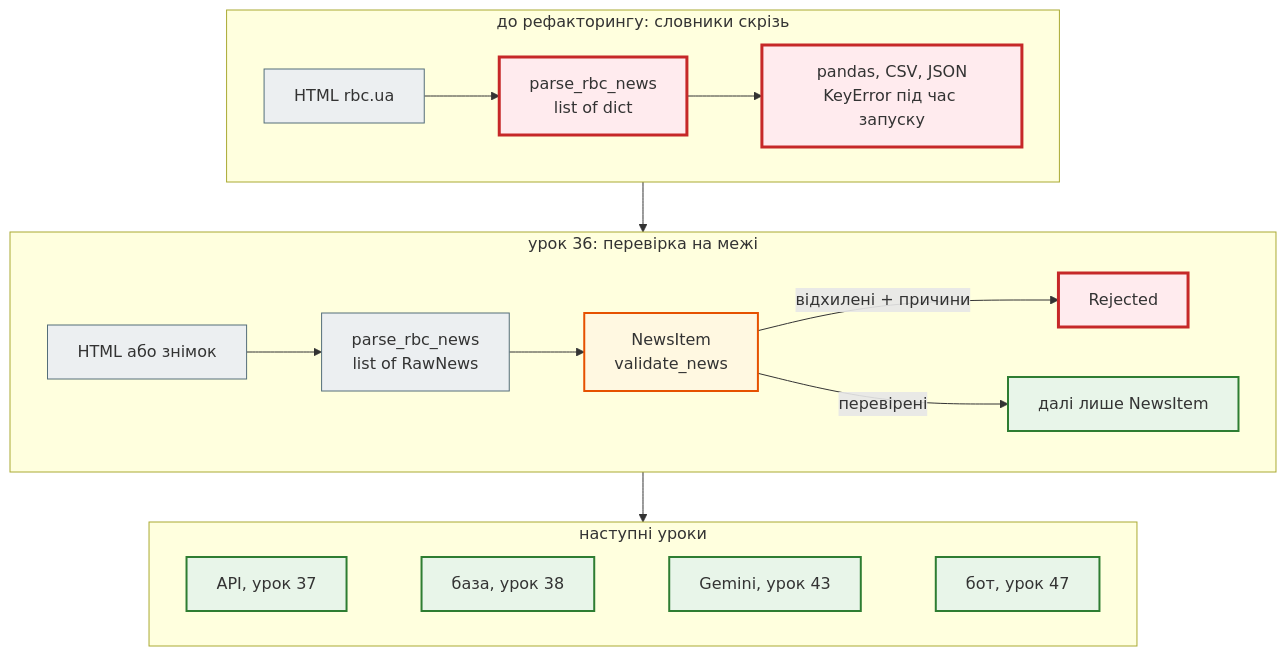
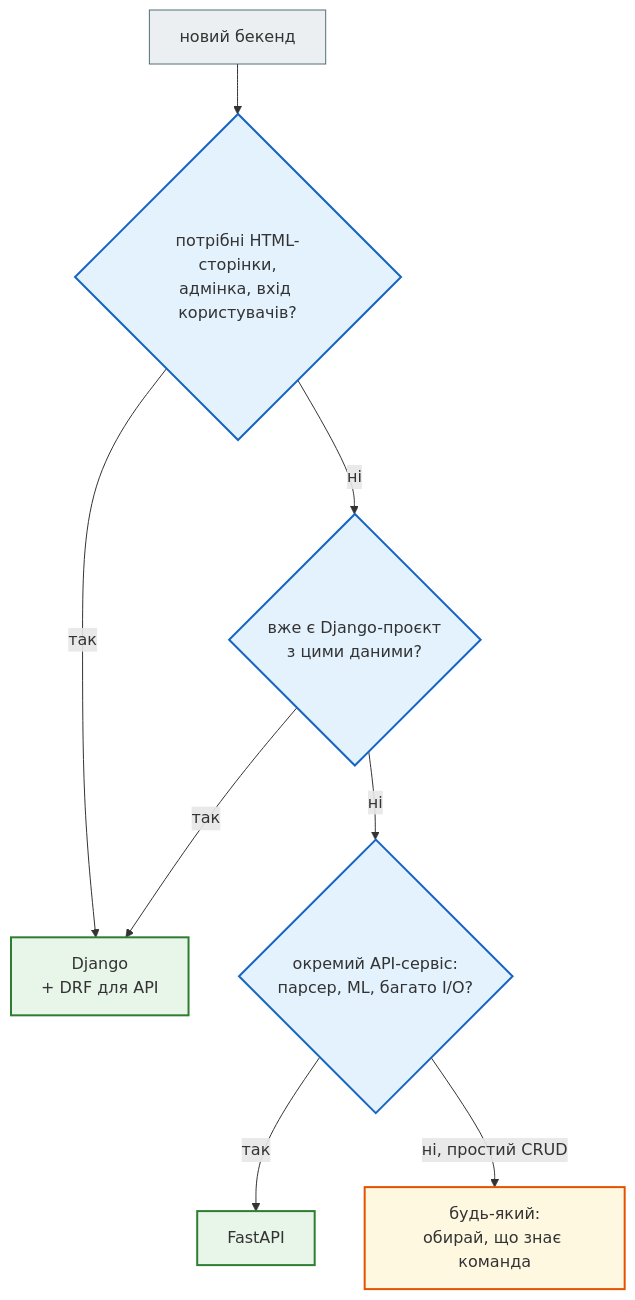
One commit to AlinaRadchenko/PY-Course-Victor-Nikoriak-22-09-2026 changed the second of 2 diagrams in docs/modules/m4/lesson_36.md. Above: the diagram before and after it, drawn with Mermaid. The commit also changed other lines of this file and 1846 other files, not shown here.

````diff
--- a/docs/modules/m4/lesson_36.md
+++ b/docs/modules/m4/lesson_36.md
@@ -406,30 +431,21 @@
 ```mermaid
 flowchart TD
     classDef step     fill:#eceff1,stroke:#546e7a,stroke-width:1px;
     classDef decision fill:#e3f2fd,stroke:#1565c0,stroke-width:2px;
     classDef success  fill:#e8f5e9,stroke:#2e7d32,stroke-width:2px;
     classDef error    fill:#ffebee,stroke:#c62828,stroke-width:3px;
     classDef warning  fill:#fff8e1,stroke:#e65100,stroke-width:2px;
 
-    subgraph BEFORE ["до рефакторингу: словники скрізь"]
-        direction LR
-        H0["HTML rbc.ua"] --> P0["parse_rbc_news<br>list of dict"] --> U0["pandas, CSV, JSON<br>KeyError під час запуску"]
-    end
-    subgraph AFTER ["урок 36: перевірка на межі"]
-        direction LR
-        H1["HTML або знімок"] --> P1["parse_rbc_news<br>list of RawNews"] --> V["NewsItem<br>validate_news"]
-        V -- "відхилені + причини" --> R["Rejected"]
-        V -- "перевірені" --> OK["далі лише NewsItem"]
-    end
-    subgraph NEXT ["наступні уроки"]
-        direction LR
-        A["API, урок 37"] ~~~ D["база, урок 38"] ~~~ G["Gemini, урок 43"] ~~~ B["бот, урок 47"]
-    end
-    BEFORE --> AFTER --> NEXT
+    Q["новий бекенд"] --> A{"потрібні HTML-сторінки,<br>адмінка, вхід користувачів?"}
+    A -- так --> D["Django<br>+ DRF для API"]
+    A -- ні --> B{"вже є Django-проєкт<br>з цими даними?"}
+    B -- так --> D
+    B -- ні --> C{"окремий API-сервіс:<br>парсер, ML, багато I/O?"}
+    C -- так --> F["FastAPI"]
+    C -- "ні, простий CRUD" --> E["будь-який:<br>обирай, що знає команда"]
 
-    class H0,H1,P1 step
-    class P0,U0 error
-    class V warning
-    class R error
-    class OK,A,D,G,B success
+    class Q step
+    class A,B,C decision
+    class D,F success
+    class E warning
 ```
````
